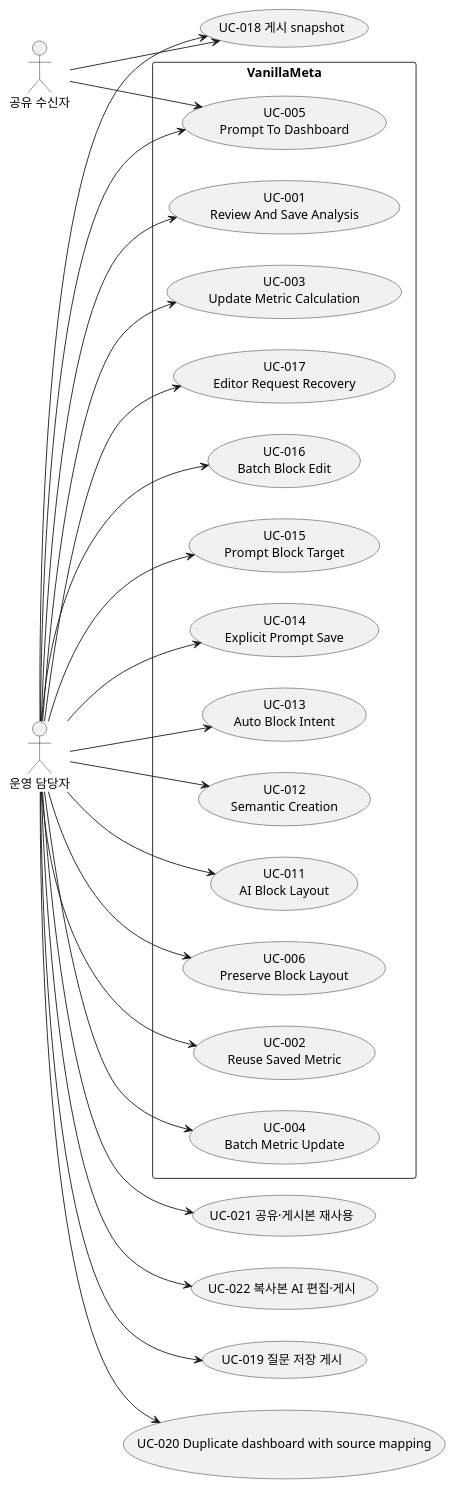
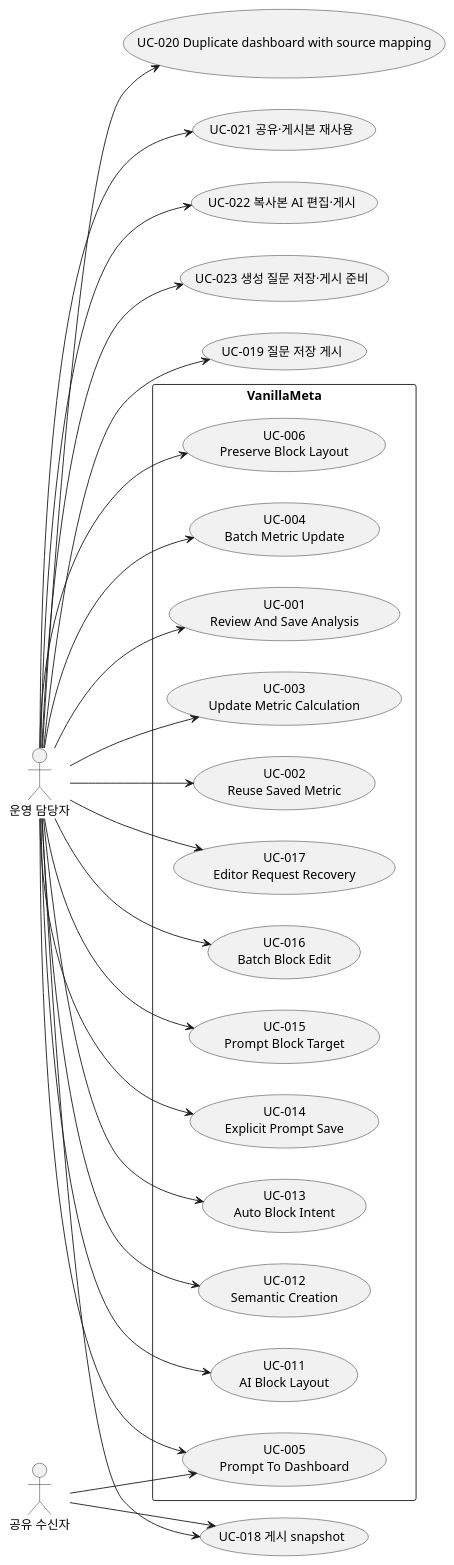
The diagram in docs/use_cases.puml (vanillabrain/vanillameta), drawn with PlantUML before and after one commit. The commit also changed 21 other files, not shown here.

```diff
--- a/docs/use_cases.puml
+++ b/docs/use_cases.puml
@@ -1,45 +1,47 @@
 @startuml
 left to right direction
 actor "운영 담당자" as operator
 rectangle "VanillaMeta" {
  usecase "UC-017\nEditor Request Recovery" as UC017
  usecase "UC-016\nBatch Block Edit" as UC016
  usecase "UC-015\nPrompt Block Target" as UC015
  usecase "UC-014\nExplicit Prompt Save" as UC014
  usecase "UC-013\nAuto Block Intent" as UC013
  usecase "UC-012\nSemantic Creation" as UC012
  usecase "UC-011\nAI Block Layout" as UC011
  usecase "UC-006\nPreserve Block Layout" as UC006
  usecase "UC-005\nPrompt To Dashboard" as UC005
  usecase "UC-004\nBatch Metric Update" as UC004
  usecase "UC-001\nReview And Save Analysis" as UC001
  usecase "UC-003\nUpdate Metric Calculation" as UC003
  usecase "UC-002\nReuse Saved Metric" as UC002
 }
 operator --> UC015
 operator --> UC014
 operator --> UC013
 operator --> UC012
 operator --> UC011
 operator --> UC006
 operator --> UC005
 actor "공유 수신자" as recipient
 recipient --> UC005
 operator --> UC004
 operator --> UC003
 operator --> UC002
 operator --> UC001
 operator --> UC016
 operator --> UC017
 usecase "UC-018 게시 snapshot" as UC018
 operator --> UC018
 recipient --> UC018
 usecase "UC-019 질문 저장 게시" as UC019
 operator --> UC019
 usecase "UC-020 Duplicate dashboard with source mapping" as UC020
 operator --> UC020
 usecase "UC-021 공유·게시본 재사용" as UC021
 operator --> UC021
 usecase "UC-022 복사본 AI 편집·게시" as UC022
 operator --> UC022
+usecase "UC-023 생성 질문 저장·게시 준비" as UC023
+operator --> UC023
 @enduml
```
